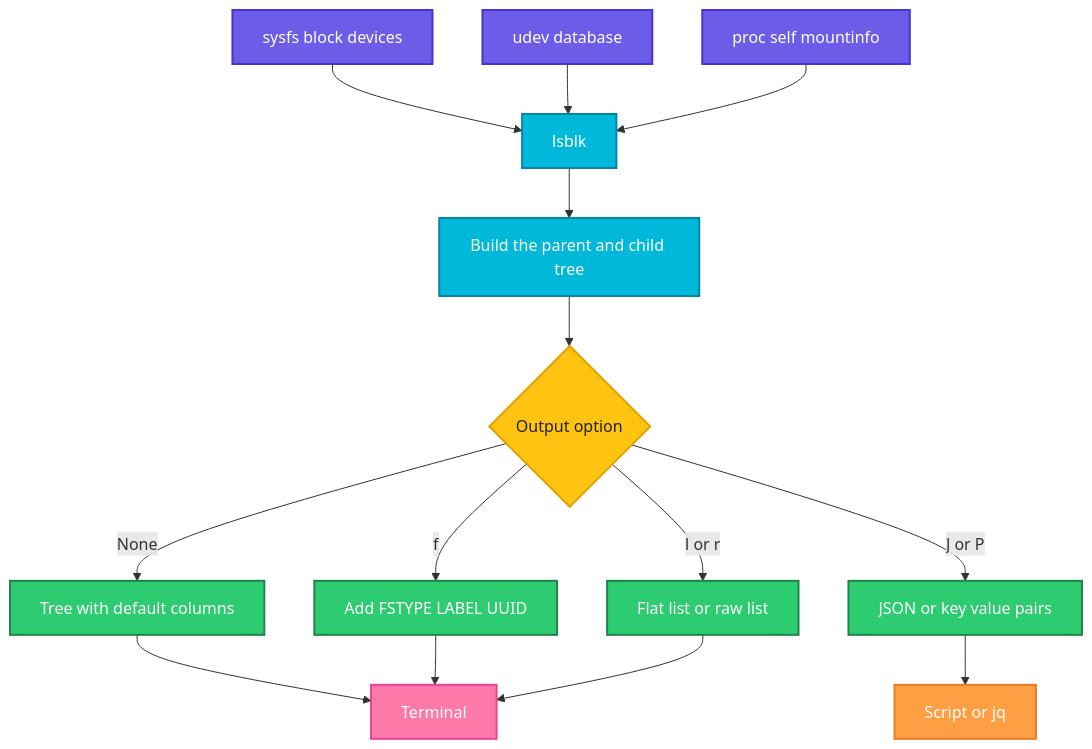
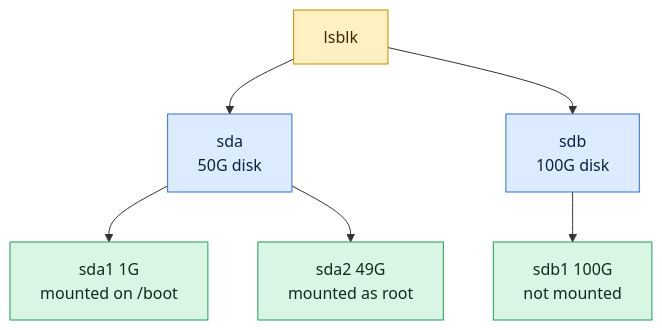
One commit to codeKerdosTech/DevOps-Documentation changed the diagram in linux/system-info/lsblk.md. Above: the diagram before and after it, drawn with Mermaid. The commit also changed other lines of this file and 165 other files, not shown here.

Commit message:
updated diagrams in linux

````diff
--- a/linux/system-info/lsblk.md
+++ b/linux/system-info/lsblk.md
@@ -26,29 +26,16 @@
 ```mermaid
 flowchart TD
-    A[sysfs block devices] --> D[lsblk]
-    B[udev database] --> D
-    C[proc self mountinfo] --> D
-    D --> E[Build the parent and child tree]
-    E --> F{Output option}
-    F -->|None| G[Tree with default columns]
-    F -->|f| H[Add FSTYPE LABEL UUID]
-    F -->|l or r| I[Flat list or raw list]
-    F -->|J or P| J[JSON or key value pairs]
-    G --> K[Terminal]
-    H --> K
-    I --> K
-    J --> L[Script or jq]
-    classDef start fill:#6C5CE7,stroke:#4834D4,stroke-width:2px,color:#fff
-    classDef proc fill:#00B8D9,stroke:#0087A8,stroke-width:2px,color:#fff
-    classDef dec fill:#FFC312,stroke:#E1A100,stroke-width:2px,color:#222
-    classDef ok fill:#2ECC71,stroke:#1E8449,stroke-width:2px,color:#fff
-    classDef err fill:#FF4757,stroke:#C0392B,stroke-width:2px,color:#fff
-    classDef out fill:#FD79A8,stroke:#E84393,stroke-width:2px,color:#fff
-    classDef alt fill:#FF9F43,stroke:#E67E22,stroke-width:2px,color:#fff
-    class A,B,C start
-    class D,E proc
-    class F dec
-    class G,H,I,J ok
-    class K out
-    class L alt
+    c1[lsblk] --> i1[sda<br/>50G disk]
+    c1 --> i2[sdb<br/>100G disk]
+    i1 --> o1[sda1 1G<br/>mounted on /boot]
+    i1 --> o2[sda2 49G<br/>mounted as root]
+    i2 --> o3[sdb1 100G<br/>not mounted]
+    classDef inp fill:#DCEBFF,stroke:#2F6FDE,color:#10213F
+    classDef cmd fill:#FFF0C2,stroke:#C98A00,color:#3A2A00
+    classDef out fill:#D9F5E3,stroke:#1F9D55,color:#0B2E1A
+    classDef bad fill:#FDE0E0,stroke:#D13B3B,color:#4A0F0F
+    classDef note fill:#ECEFF3,stroke:#7B8794,color:#1F2933
+    class c1 cmd
+    class i1,i2 inp
+    class o1,o2,o3 out
 ```
````
